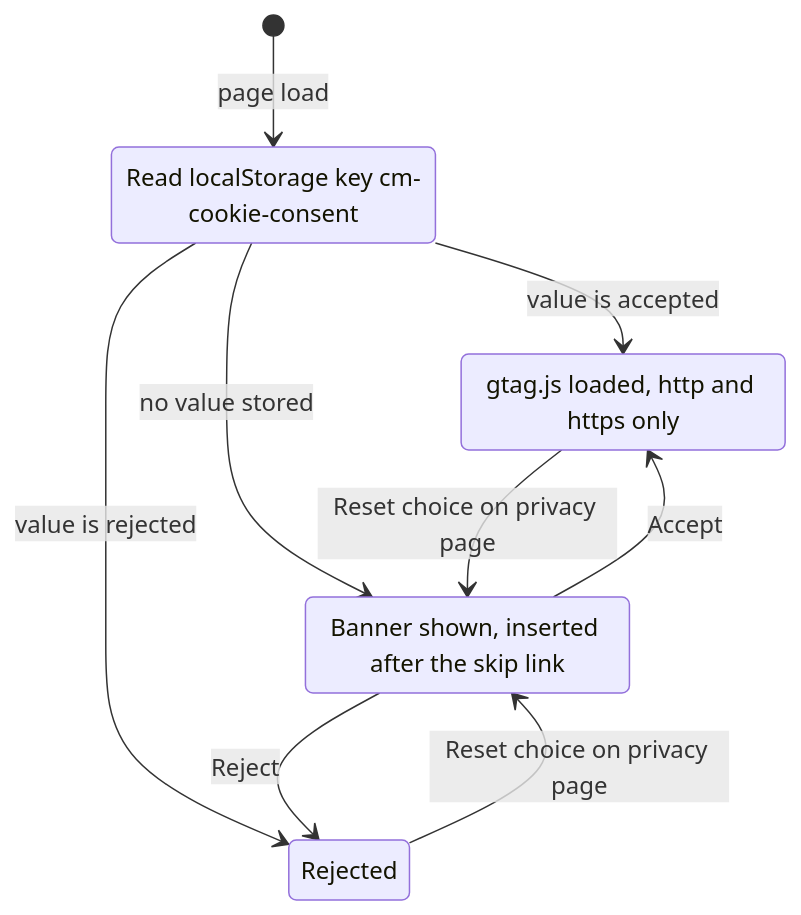
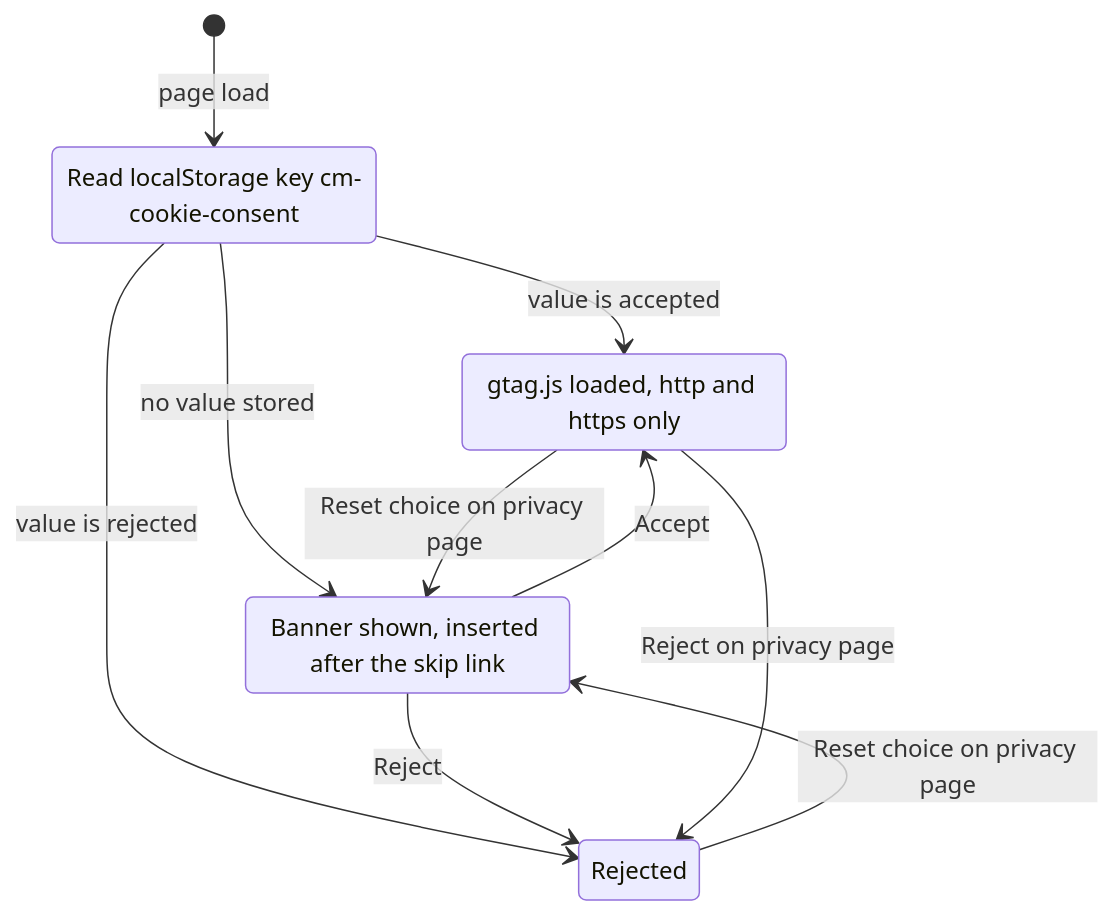
One commit to ColbyMainard/ColbyMainard.github.io changed the seventh of 13 diagrams in assets/markdown/architecture.md. Above: the diagram before and after it, drawn with Mermaid. The commit also changed other lines of this file and 27 other files, not shown here.

````diff
--- a/assets/markdown/architecture.md
+++ b/assets/markdown/architecture.md
@@ -398,14 +398,15 @@
 ```mermaid
 stateDiagram-v2
     [*] --> Check: page load
     Check: Read localStorage key cm-cookie-consent
     Check --> Accepted: value is accepted
     Check --> Rejected: value is rejected
     Check --> Banner: no value stored
     Banner: Banner shown, inserted after the skip link
     Banner --> Accepted: Accept
     Banner --> Rejected: Reject
     Accepted: gtag.js loaded, http and https only
     Accepted --> Banner: Reset choice on privacy page
+    Accepted --> Rejected: Reject on privacy page
     Rejected --> Banner: Reset choice on privacy page
 ```
````
